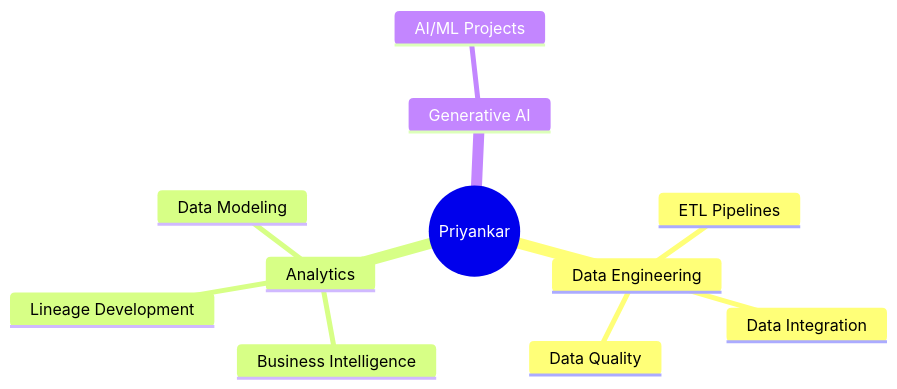
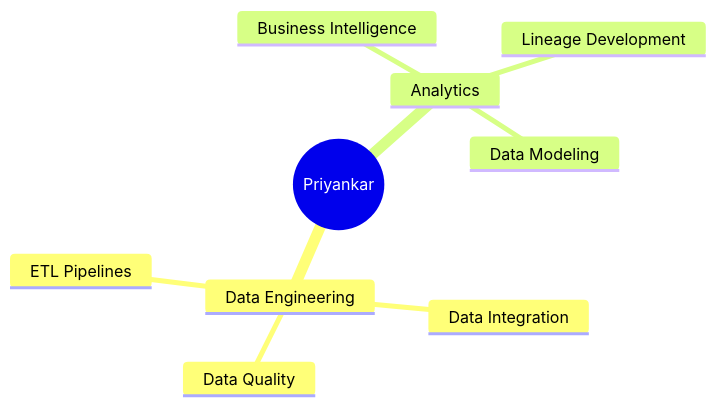
The diagram in README.md (patnaikfarm/patnaikfarm), drawn with Mermaid before and after one commit.

````diff
--- a/README.md
+++ b/README.md
@@ -21,15 +21,13 @@
 ```mermaid
 %%{init: {'theme':'default', 'themeVariables': { 'primaryColor':'#E3F2FD','primaryTextColor':'#000','primaryBorderColor':'#1976D2','lineColor':'#1976D2','secondaryColor':'#FFF3E0','tertiaryColor':'#F3E5F5'}}}%%
 mindmap
   root((Priyankar))
     Data Engineering
       ETL Pipelines
       Data Integration
       Data Quality
     Analytics
       Business Intelligence
       Lineage Development
       Data Modeling
-    Generative AI
-      AI/ML Projects
 ```
````
